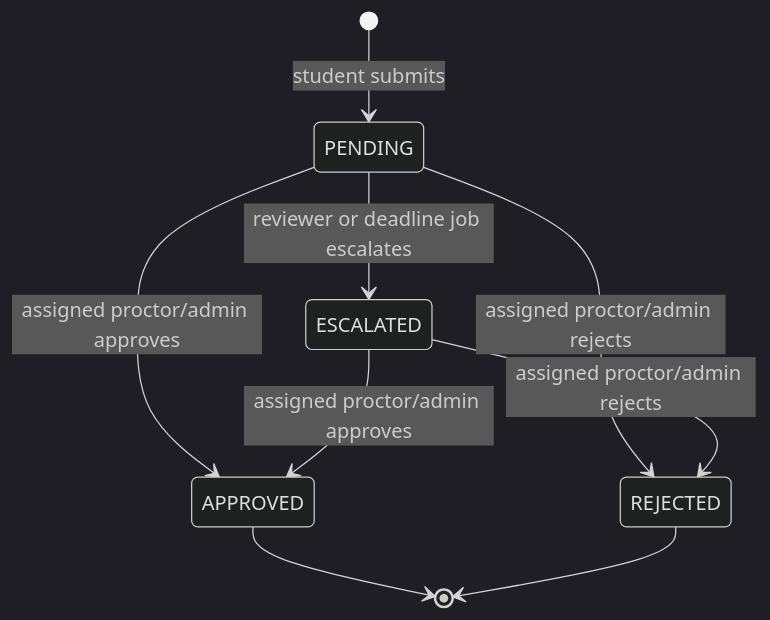
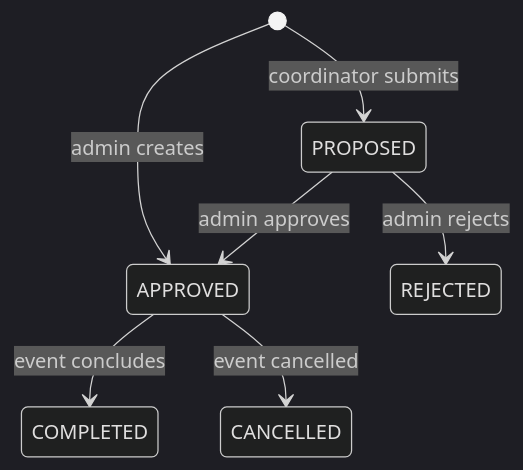
The diagram in docs/architecture.md (akxxh222/CollabSphere-Cross-House-And-Regional-Meetup-Engine), drawn with Mermaid (dark theme) before and after one commit. The commit also changed other lines of this file and 3 other files, not shown here.

Commit message:
docs: document CollabSphere roles architecture and milestones

````diff
--- a/docs/architecture.md
+++ b/docs/architecture.md
@@ -7,11 +17,9 @@
 ```mermaid
 stateDiagram-v2
-  [*] --> PENDING: student submits
-  PENDING --> APPROVED: assigned proctor/admin approves
-  PENDING --> REJECTED: assigned proctor/admin rejects
-  PENDING --> ESCALATED: reviewer or deadline job escalates
-  ESCALATED --> APPROVED: assigned proctor/admin approves
-  ESCALATED --> REJECTED: assigned proctor/admin rejects
-  APPROVED --> [*]
-  REJECTED --> [*]
+  [*] --> PROPOSED: coordinator submits
+  [*] --> APPROVED: admin creates
+  PROPOSED --> APPROVED: admin approves
+  PROPOSED --> REJECTED: admin rejects
+  APPROVED --> COMPLETED: event concludes
+  APPROVED --> CANCELLED: event cancelled
 ```
````
